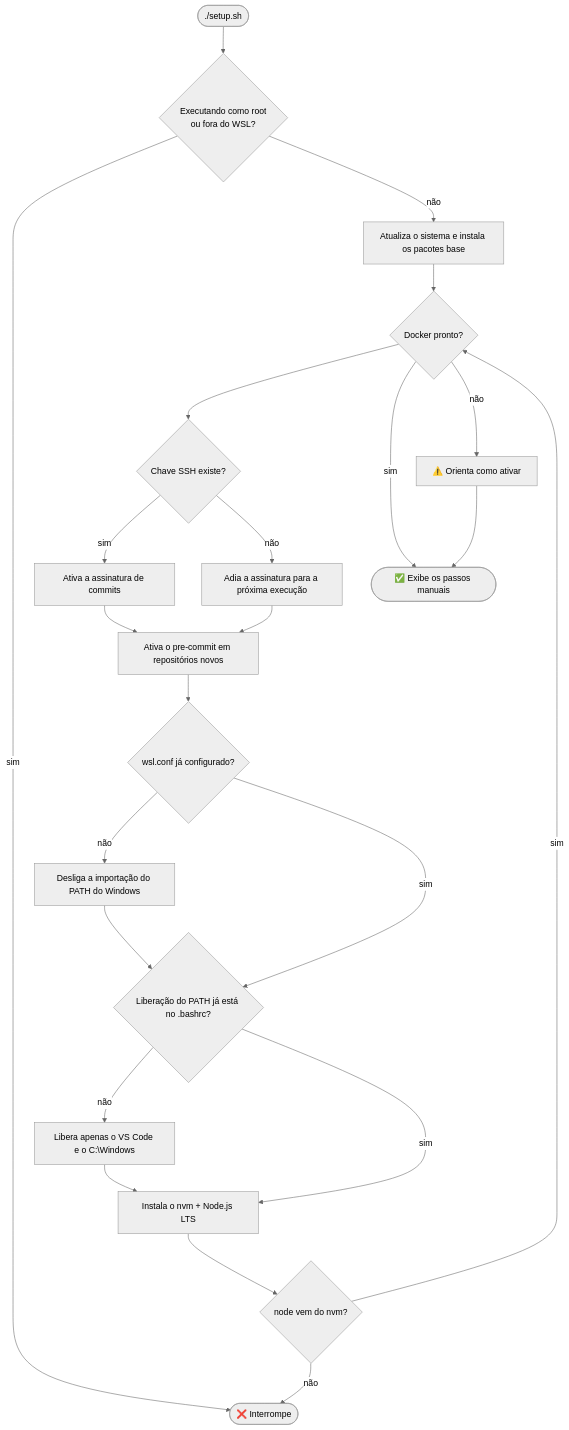
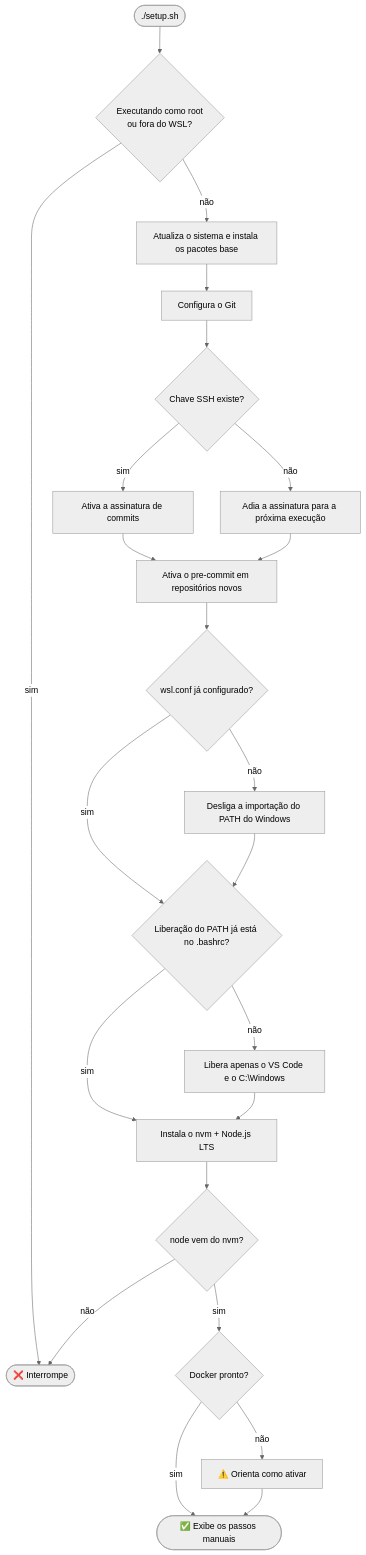
The diagram in README.pt-BR.md (ADSLustosa/secure-wsl-devkit), drawn with Mermaid (neutral theme) before and after one commit. The commit also changed other lines of this file and 3 other files, not shown here.

Commit message:
fix: corrige o diagrama de decisão e atualiza a demonstração do terminal

````diff
--- a/README.pt-BR.md
+++ b/README.pt-BR.md
@@ -85,24 +83,24 @@
 ```mermaid
 flowchart TD
     A([./setup.sh]) --> B{Executando como root<br/>ou fora do WSL?}
     B -- sim --> X([❌ Interrompe])
     B -- não --> C[Atualiza o sistema e instala os pacotes base]
     C --> D[Configura o Git]
     D --> E{Chave SSH existe?}
     E -- sim --> F[Ativa a assinatura de commits]
     E -- não --> G[Adia a assinatura para a próxima execução]
     F --> P[Ativa o pre-commit em repositórios novos]
     G --> P
     P --> H{wsl.conf já configurado?}
     H -- não --> I[Desliga a importação do PATH do Windows]
     H -- sim --> J
     I --> J{Liberação do PATH já está no .bashrc?}
     J -- não --> K[Libera apenas o VS Code e o C:\Windows]
     J -- sim --> L
     K --> L[Instala o nvm + Node.js LTS]
     L --> M{node vem do nvm?}
     M -- não --> X
-    M -- sim --> D{Docker pronto?}
-    D -- sim --> N([✅ Exibe os passos manuais])
-    D -- não --> W[⚠️ Orienta como ativar] --> N
+    M -- sim --> DK{Docker pronto?}
+    DK -- sim --> N([✅ Exibe os passos manuais])
+    DK -- não --> W[⚠️ Orienta como ativar] --> N
 ```
````
